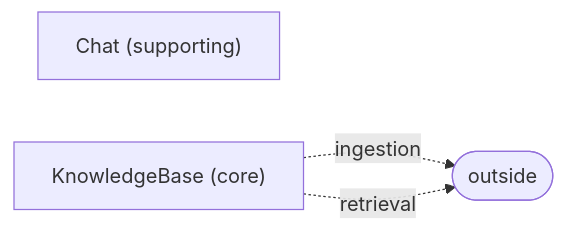
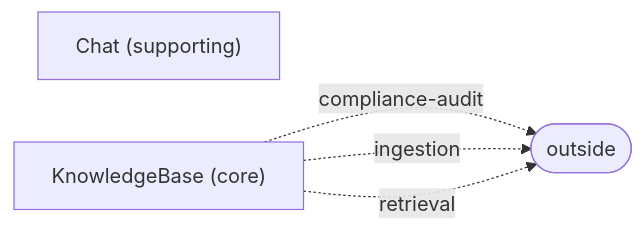
One commit to zig999/remember changed the diagram in specification/projections/context-map.mmd. Above: the diagram before and after it, drawn with Mermaid. The commit also changed 40 other files, not shown here.

First line of the commit message:
spec(compliance-audit): adoption analysis of the compliance-audit context (steps 1-3)

```diff
--- a/specification/projections/context-map.mmd
+++ b/specification/projections/context-map.mmd
@@ -1,7 +1,8 @@
 flowchart LR
     chat["Chat (supporting)"]
     knowledge_base["KnowledgeBase (core)"]
     outside(["outside"])
+    knowledge_base -.->|compliance-audit| outside
     knowledge_base -.->|ingestion| outside
     knowledge_base -.->|retrieval| outside
     %% separate ways: chat and knowledge-base share no contract and no model
```
